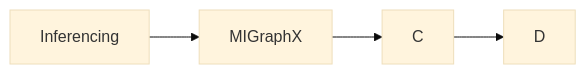
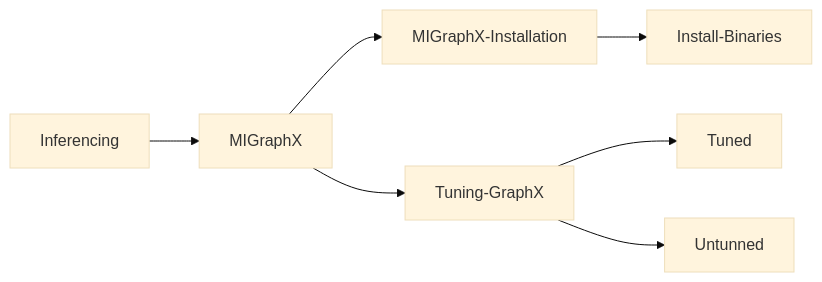
Before and after one commit to anubhavamd/sample: the diagram in README.md, drawn with Mermaid (base theme).

````diff
--- a/README.md
+++ b/README.md
@@ -1,8 +1,13 @@
 ```mermaid
 flowchart LR
     Inferencing-->MIGraphX
-    MIGraphX-->C
-    C-->D
+    MIGraphX-->MIGraphX-Installation
+    MIGraphX-Installation--> Install-Binaries
+    MIGraphX--> Tuning-GraphX
+    Tuning-GraphX --> Tuned
+    Tuning-GraphX --> Untunned
+    
+    
     click Inferencing href "https://github.com/anubhavamd/Deep-Learning-Updated#51-inferencing"
     click MIGraphX href "https://github.com/anubhavamd/Deep-Learning-Updated#511-migraphx-introduction"
 ```
````
